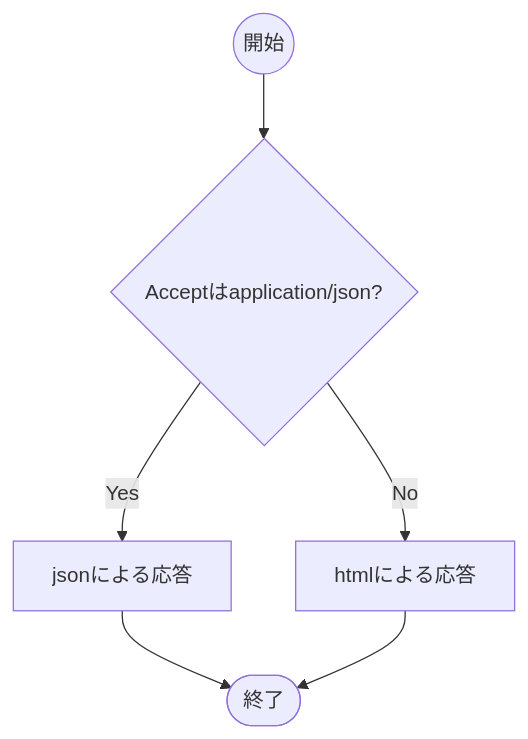
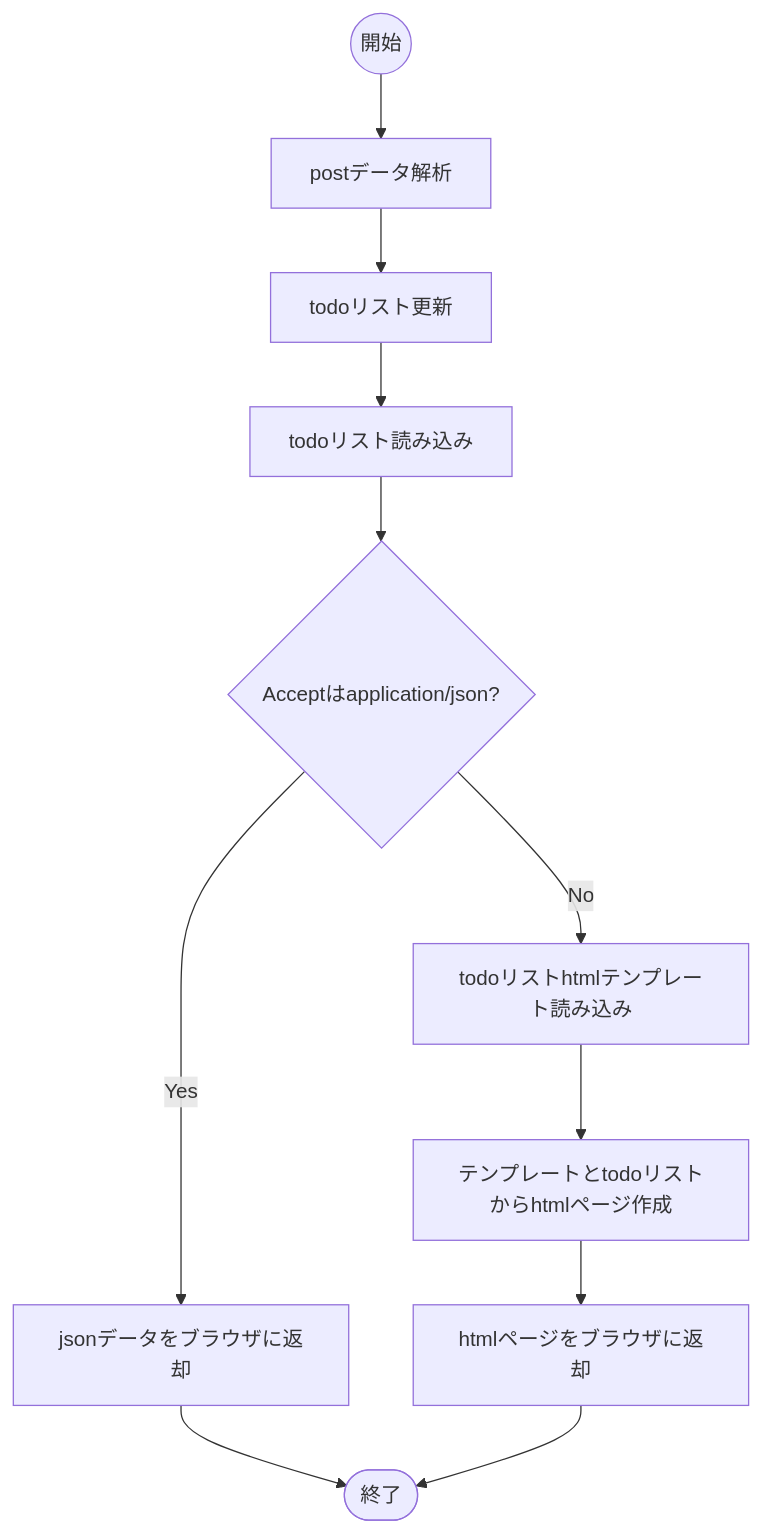
Before and after one commit to oc-soft/eg-http-python: the diagram in docroot/spec/ui-js-1/render-html-js-flow-2.mermaid, drawn with Mermaid. The commit also changed 1 other file, not shown here.

Commit message:
I updated the revised server flow.

```diff
--- a/docroot/spec/ui-js-1/render-html-js-flow-2.mermaid
+++ b/docroot/spec/ui-js-1/render-html-js-flow-2.mermaid
@@ -1,14 +1,23 @@
 flowchart TD
 
   start0000@{shape: circle, label: "開始"}
   end9999@{shape: stadium, label: "終了"}
 
+  proc0100@{shape: rect, label: "postデータ解析"}
+  proc0150@{shape: rect, label: "todoリスト更新"}
+  proc0200@{shape: rect, label: "todoリスト読み込み"}
+ 
   dec1000@{shape: diamond, label: "Acceptはapplication/json?"}
-  proc1000@{shape: rect, label: "jsonによる応答"}
-  proc2000@{shape: rect, label: "htmlによる応答"}
 
-  start0000 --> dec1000
+  proc1000@{shape: rect, label: "jsonデータをブラウザに返却"}
+
+  proc3000@{shape: rect, label: "todoリストhtmlテンプレート読み込み"}
+  proc4000@{shape: rect, label: "テンプレートとtodoリストからhtmlページ作成"}
+  proc5000@{shape: rect, label: "htmlページをブラウザに返却"}
+
+  start0000 --> proc0100 --> proc0150 --> proc0200 --> dec1000
   dec1000 -- Yes --> proc1000
-  dec1000 -- No --> proc2000
+  dec1000 -- No --> proc3000
   proc1000 --> end9999
-  proc2000 --> end9999
+  proc3000 --> proc4000 --> proc5000
+  proc5000 --> end9999
```
